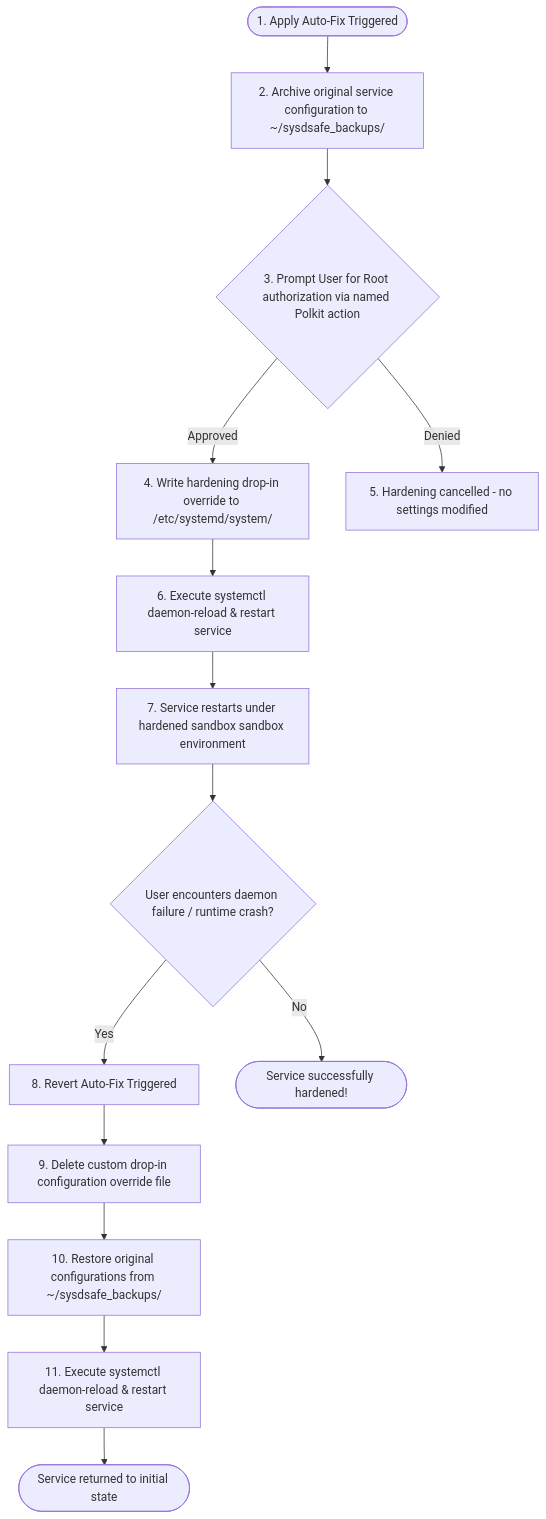
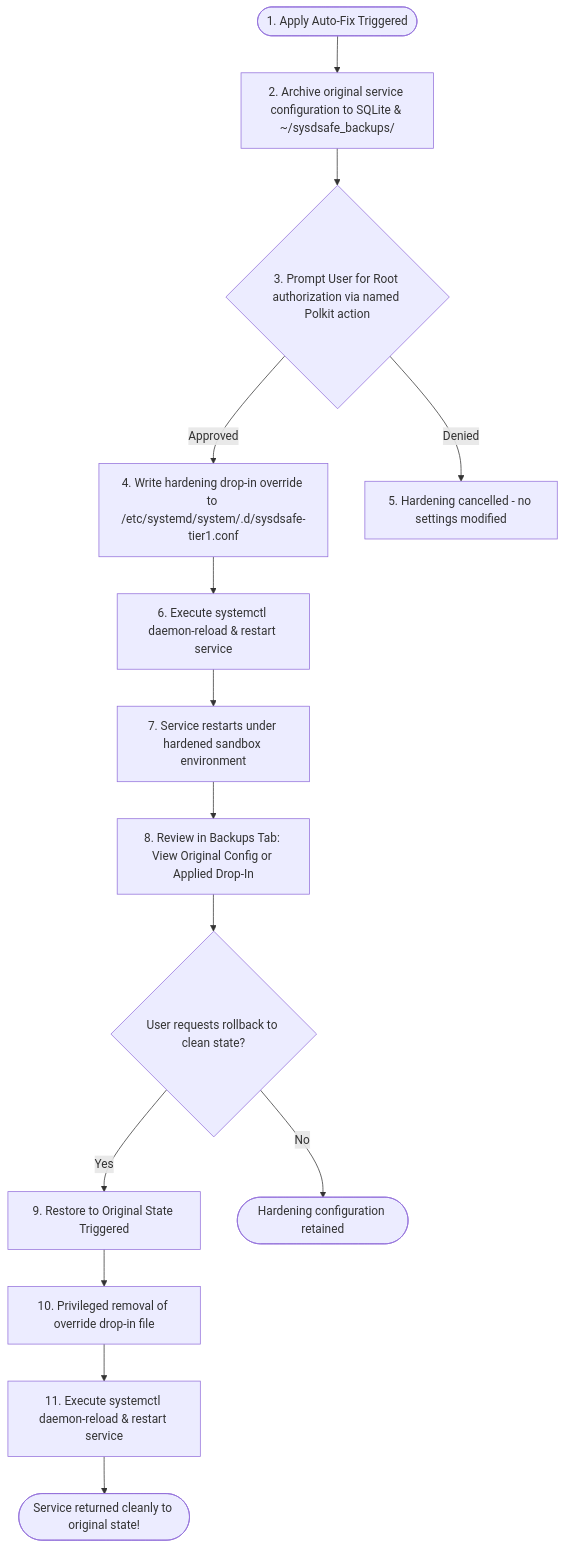
Before and after one commit to TaliskerMan/SysdSafe: the first of 2 diagrams in docs/USER_GUIDE.md, drawn with Mermaid. The commit also changed other lines of this file and 16 other files, not shown here.

````diff
--- a/docs/USER_GUIDE.md
+++ b/docs/USER_GUIDE.md
@@ -58,17 +58,17 @@
 ```mermaid
 graph TD
-    Start([1. Apply Auto-Fix Triggered]) --> Backup[2. Archive original service configuration to ~/sysdsafe_backups/]
+    Start([1. Apply Auto-Fix Triggered]) --> Backup[2. Archive original service configuration to SQLite & ~/sysdsafe_backups/]
     Backup --> Polkit{3. Prompt User for Root authorization via named Polkit action}
-    Polkit -- Approved --> WriteDropIn[4. Write hardening drop-in override to /etc/systemd/system/]
+    Polkit -- Approved --> WriteDropIn[4. Write hardening drop-in override to /etc/systemd/system/<unit>.d/sysdsafe-tier1.conf]
     Polkit -- Denied --> Abort[5. Hardening cancelled - no settings modified]
     WriteDropIn --> Reload[6. Execute systemctl daemon-reload & restart service]
-    Reload --> Verify[7. Service restarts under hardened sandbox sandbox environment]
+    Reload --> Verify[7. Service restarts under hardened sandbox environment]
     
-    Verify --> IssueFound{User encounters daemon failure / runtime crash?}
-    IssueFound -- Yes --> Revert[8. Revert Auto-Fix Triggered]
-    IssueFound -- No --> Success([Service successfully hardened!])
-    Revert --> Restore[9. Delete custom drop-in configuration override file]
-    Restore --> RestoreBackup[10. Restore original configurations from ~/sysdsafe_backups/]
-    RestoreBackup --> Reload2[11. Execute systemctl daemon-reload & restart service]
-    Reload2 --> NormalState([Service returned to initial state])
+    Verify --> Inspect[8. Review in Backups Tab: View Original Config or Applied Drop-In]
+    Inspect --> RestoreTriggered{User requests rollback to clean state?}
+    RestoreTriggered -- Yes --> Revert[9. Restore to Original State Triggered]
+    RestoreTriggered -- No --> Keep([Hardening configuration retained])
+    Revert --> Restore[10. Privileged removal of override drop-in file]
+    Restore --> Reload2[11. Execute systemctl daemon-reload & restart service]
+    Reload2 --> NormalState([Service returned cleanly to original state!])
 ```
````
